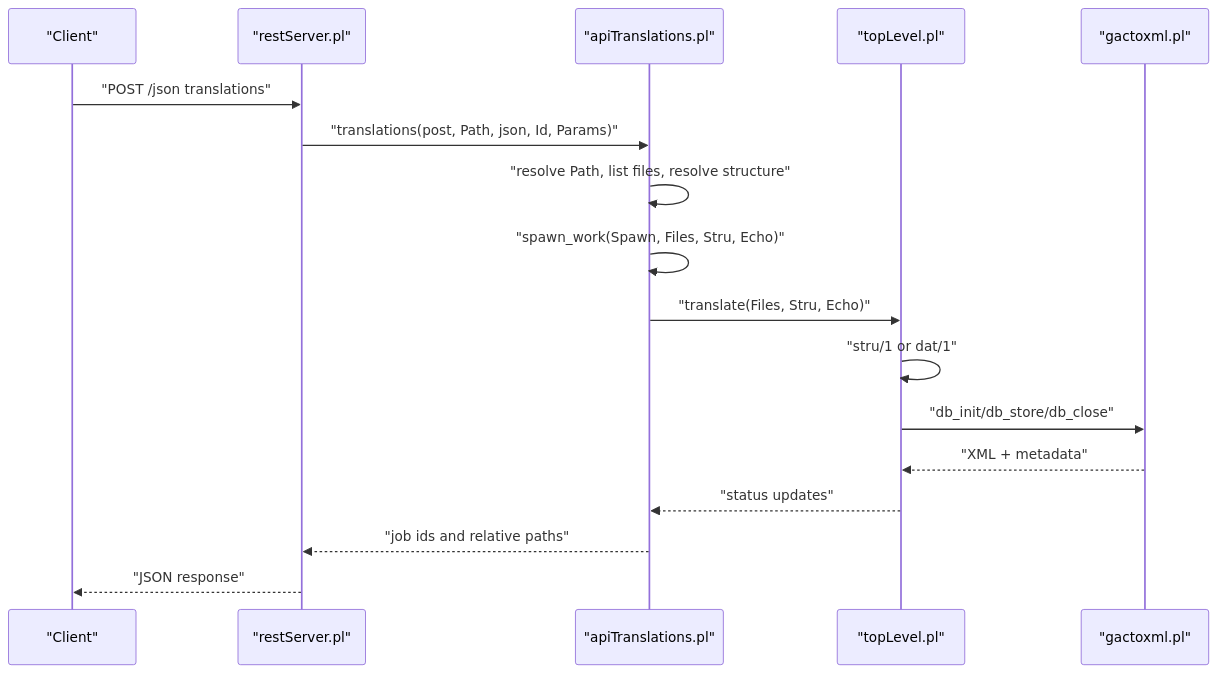
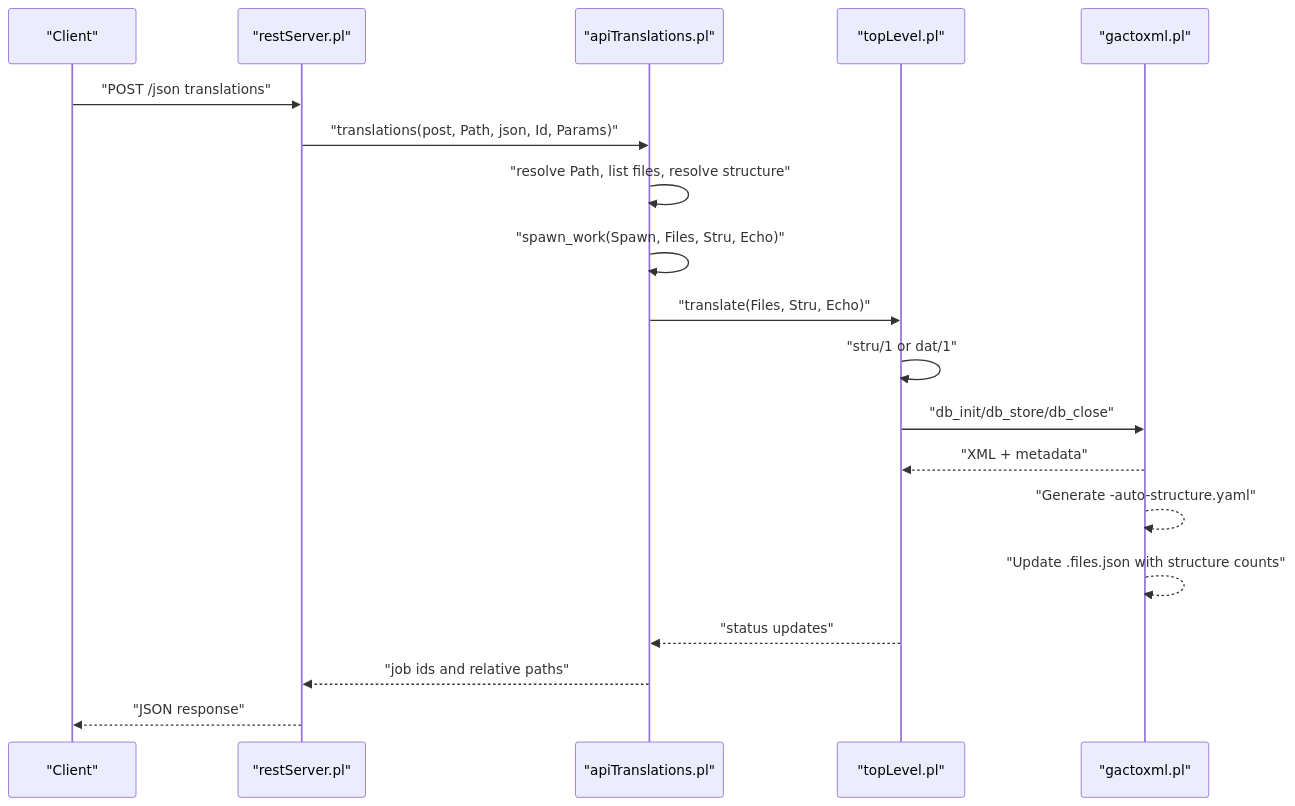
The second of 9 diagrams in .qoder/repowiki/en/content/Project Overview/Core Services/Translation Services.md (time-link/timelink-kleio), drawn with Mermaid before and after one commit. The commit also changed other lines of this file and 189 other files, not shown here.

````diff
--- a/.qoder/repowiki/en/content/Project Overview/Core Services/Translation Services.md
+++ b/.qoder/repowiki/en/content/Project Overview/Core Services/Translation Services.md
@@ -105,19 +122,21 @@
 ```mermaid
 sequenceDiagram
 participant Client as "Client"
 participant REST as "restServer.pl"
 participant API as "apiTranslations.pl"
 participant TL as "topLevel.pl"
 participant EX as "gactoxml.pl"
 Client->>REST : "POST /json translations"
 REST->>API : "translations(post, Path, json, Id, Params)"
 API->>API : "resolve Path, list files, resolve structure"
 API->>API : "spawn_work(Spawn, Files, Stru, Echo)"
 API->>TL : "translate(Files, Stru, Echo)"
 TL->>TL : "stru/1 or dat/1"
 TL->>EX : "db_init/db_store/db_close"
 EX-->>TL : "XML + metadata"
+EX-->>EX : "Generate -auto-structure.yaml"
+EX-->>EX : "Update .files.json with structure counts"
 TL-->>API : "status updates"
 API-->>REST : "job ids and relative paths"
 REST-->>Client : "JSON response"
 ```
````
